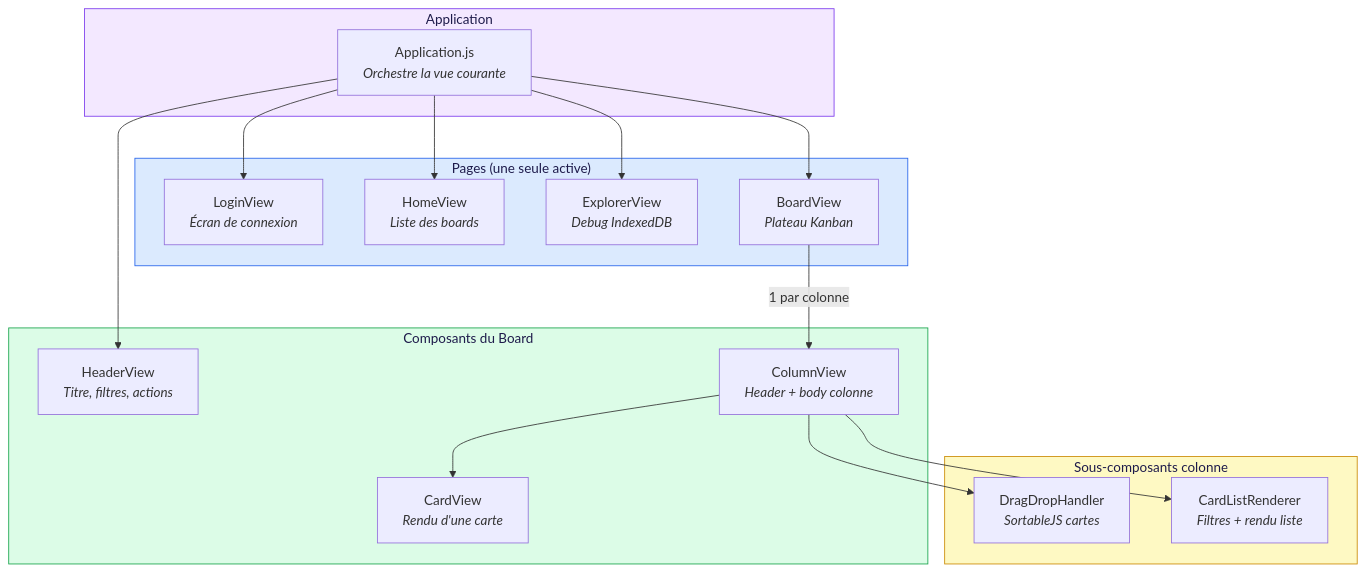
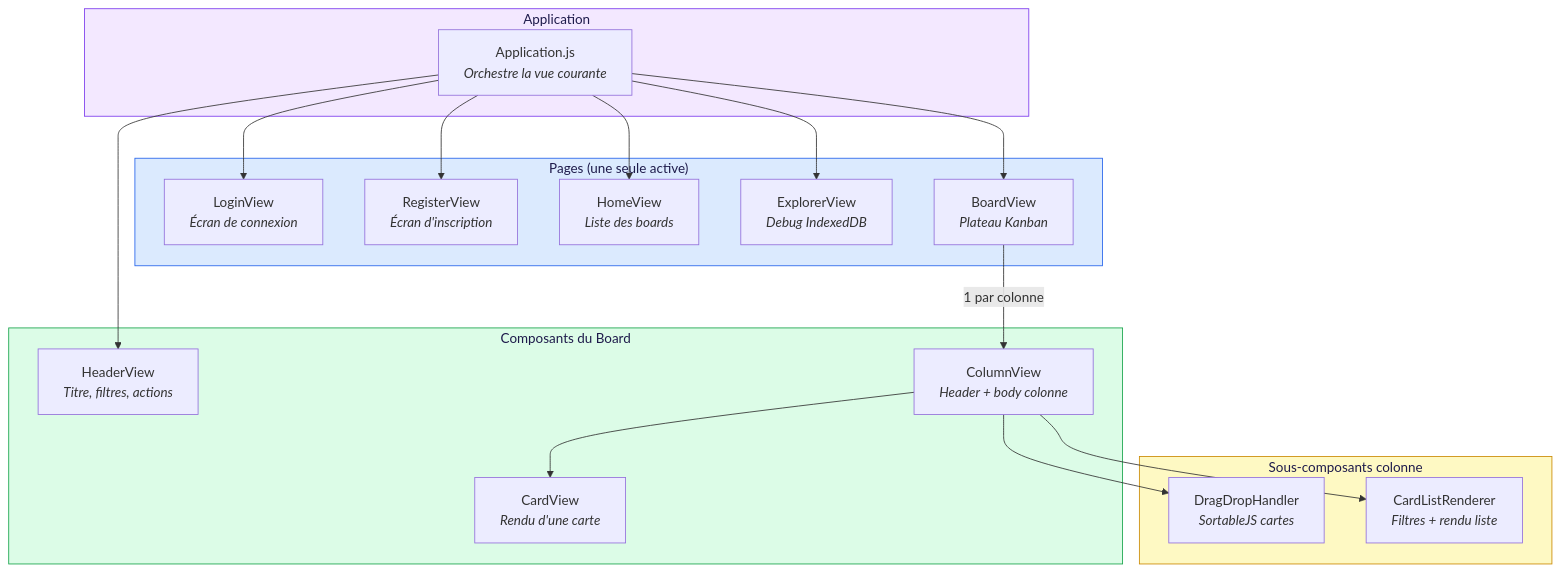
One commit to deljdlx/kanban changed the first of 8 diagrams in frontend/docs/VIEWS-UI.md. Above: the diagram before and after it, drawn with Mermaid. The commit also changed other lines of this file and 51 other files, not shown here.

````diff
--- a/frontend/docs/VIEWS-UI.md
+++ b/frontend/docs/VIEWS-UI.md
@@ -11,40 +11,42 @@
 ```mermaid
 %%{init: {'theme': 'default'}}%%
 graph TB
     subgraph App["Application"]
         style App fill:#f3e8ff,stroke:#7c3aed,color:#1e1b4b
         APP["Application.js<br/><i>Orchestre la vue courante</i>"]
     end
 
     subgraph Pages["Pages (une seule active)"]
         style Pages fill:#dbeafe,stroke:#2563eb,color:#1e1b4b
         LOGIN["LoginView<br/><i>Écran de connexion</i>"]
+        REGISTER["RegisterView<br/><i>Écran d'inscription</i>"]
         HOME["HomeView<br/><i>Liste des boards</i>"]
         EXPLORER["ExplorerView<br/><i>Debug IndexedDB</i>"]
         BOARD["BoardView<br/><i>Plateau Kanban</i>"]
     end
 
     subgraph BoardComps["Composants du Board"]
         style BoardComps fill:#dcfce7,stroke:#16a34a,color:#1e1b4b
         HEADER["HeaderView<br/><i>Titre, filtres, actions</i>"]
         COLVIEW["ColumnView<br/><i>Header + body colonne</i>"]
         CARDVIEW["CardView<br/><i>Rendu d'une carte</i>"]
     end
 
     subgraph ColSub["Sous-composants colonne"]
         style ColSub fill:#fef9c3,stroke:#ca8a04,color:#1e1b4b
         DDH["DragDropHandler<br/><i>SortableJS cartes</i>"]
         CLR["CardListRenderer<br/><i>Filtres + rendu liste</i>"]
     end
 
     APP --> LOGIN
+    APP --> REGISTER
     APP --> HOME
     APP --> EXPLORER
     APP --> BOARD
     APP --> HEADER
 
     BOARD -->|"1 par colonne"| COLVIEW
     COLVIEW --> CARDVIEW
     COLVIEW --> DDH
     COLVIEW --> CLR
 ```
````
